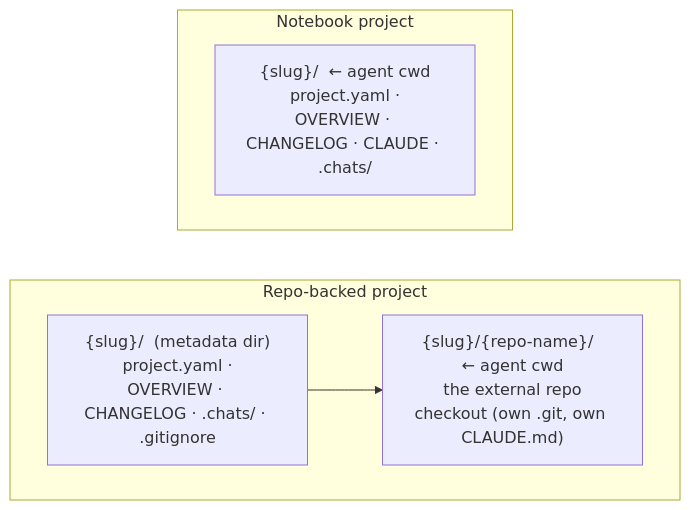
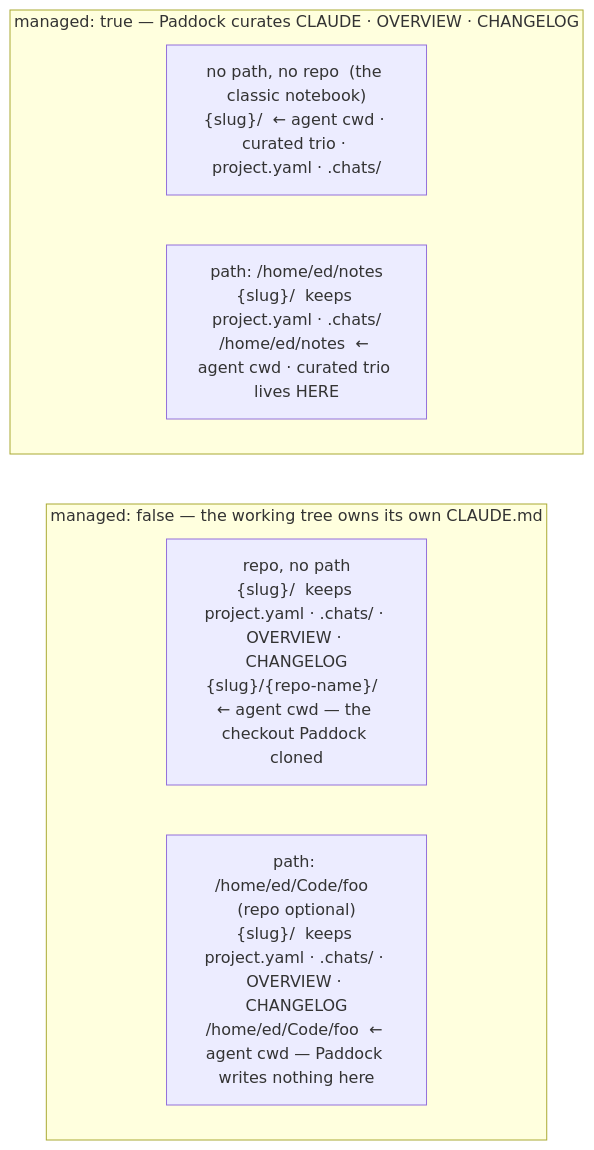
The diagram in website/src/content/docs/concepts/projects.md (edspencer/paddock), drawn with Mermaid before and after one commit. The commit also changed other lines of this file and 30 other files, not shown here.

First line of the commit message:
feat!: managed/unmanaged projects, a `path:` on both axes, and the Changes tab on workingDir (#206, #597) (#709)

````diff
--- a/website/src/content/docs/concepts/projects.md
+++ b/website/src/content/docs/concepts/projects.md
@@ -129,15 +260,15 @@
 ```mermaid
 flowchart TB
-  subgraph Notebook["Notebook project"]
-    N["{slug}/  ← agent cwd\n project.yaml · OVERVIEW · CHANGELOG · CLAUDE · .chats/"]
+  subgraph Managed["managed: true — Paddock curates CLAUDE · OVERVIEW · CHANGELOG"]
+    M1["no path, no repo  (the classic notebook)\n{slug}/  ← agent cwd · curated trio · project.yaml · .chats/"]
+    M2["path: /home/ed/notes\n{slug}/  keeps project.yaml · .chats/\n/home/ed/notes  ← agent cwd · curated trio lives HERE"]
   end
-  subgraph Repo["Repo-backed project"]
-    D["{slug}/  (metadata dir)\n project.yaml · OVERVIEW · CHANGELOG · .chats/ · .gitignore"]
-    Ck["{slug}/{repo-name}/  ← agent cwd\n the external repo checkout (own .git, own CLAUDE.md)"]
-    D --> Ck
+  subgraph Unmanaged["managed: false — the working tree owns its own CLAUDE.md"]
+    U1["repo, no path\n{slug}/  keeps project.yaml · .chats/ · OVERVIEW · CHANGELOG\n{slug}/{repo-name}/  ← agent cwd — the checkout Paddock cloned"]
+    U2["path: /home/ed/Code/foo  (repo optional)\n{slug}/  keeps project.yaml · .chats/ · OVERVIEW · CHANGELOG\n/home/ed/Code/foo  ← agent cwd — Paddock writes nothing here"]
   end
-  %% The two project shapes are unconnected, so mermaid ranks them side by side
-  %% (1071px, scaled 1.6x down). `~~~` is an invisible link that stacks them
-  %% vertically without drawing an edge — 686px, i.e. 1:1 in the column.
-  Notebook ~~~ Repo
+  %% Rows = axis 1 (managed), cells within a row = axis 2 (location). The cells
+  %% are unconnected, so mermaid ranks them side by side within each subgraph;
+  %% `~~~` is an invisible link that stacks the two rows without drawing an edge.
+  Managed ~~~ Unmanaged
 ```
````
